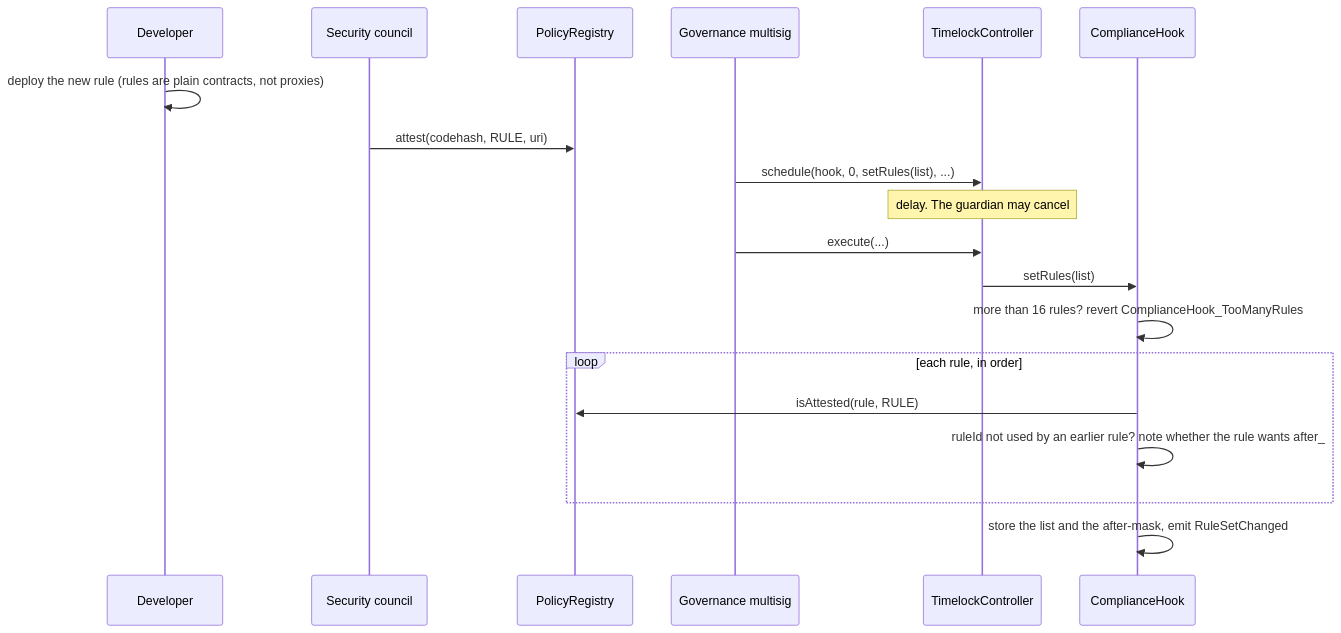
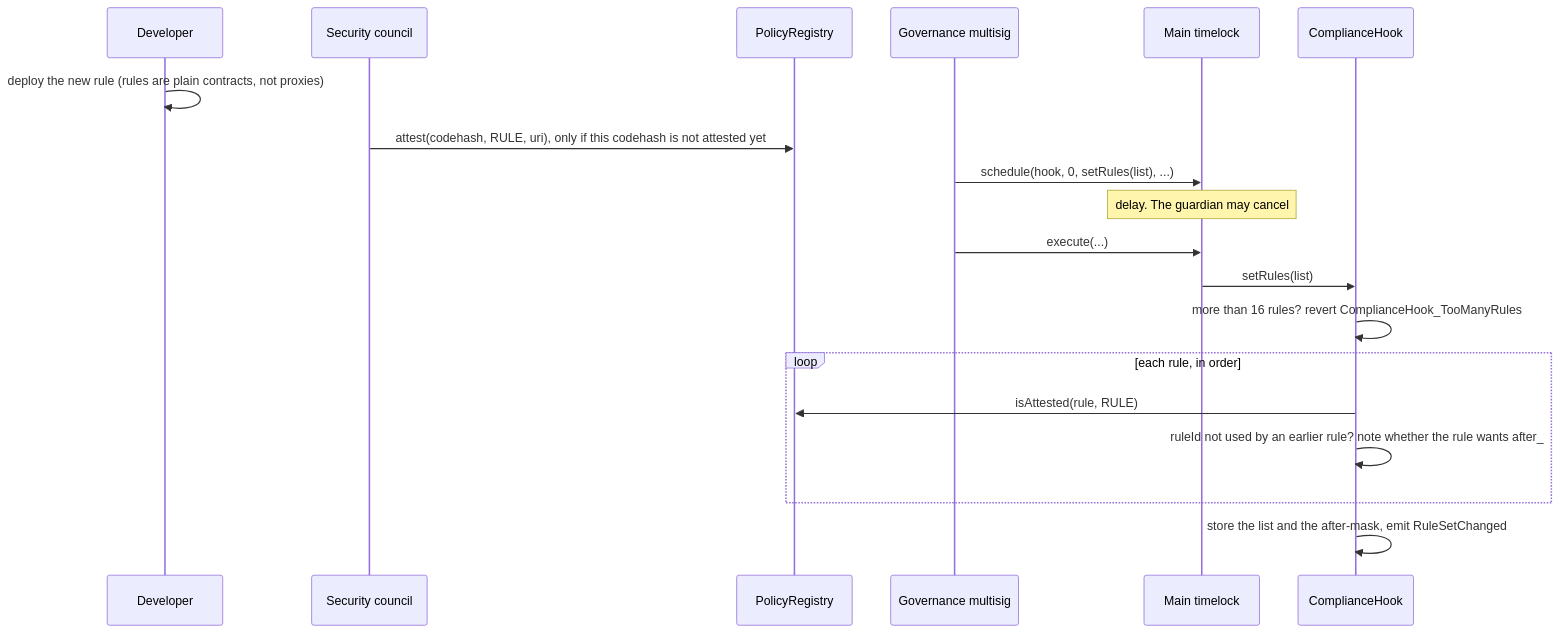
Before and after one commit to fepvenancio/rwa-token: the third of 5 diagrams in docs/governance-and-deployment.md, drawn with Mermaid. The commit also changed other lines of this file and 7 other files, not shown here.

````diff
--- a/docs/governance-and-deployment.md
+++ b/docs/governance-and-deployment.md
@@ -108,21 +119,21 @@
 ```mermaid
 sequenceDiagram
   participant Dev as Developer
   participant Co as Security council
   participant Reg as PolicyRegistry
   participant Gov as Governance multisig
-  participant TL as TimelockController
+  participant TL as Main timelock
   participant H as ComplianceHook
   Dev->>Dev: deploy the new rule (rules are plain contracts, not proxies)
-  Co->>Reg: attest(codehash, RULE, uri)
+  Co->>Reg: attest(codehash, RULE, uri), only if this codehash is not attested yet
   Gov->>TL: schedule(hook, 0, setRules(list), ...)
   Note over TL: delay. The guardian may cancel
   Gov->>TL: execute(...)
   TL->>H: setRules(list)
   H->>H: more than 16 rules? revert ComplianceHook_TooManyRules
   loop each rule, in order
     H->>Reg: isAttested(rule, RULE)
     H->>H: ruleId not used by an earlier rule? note whether the rule wants after_
   end
   H->>H: store the list and the after-mask, emit RuleSetChanged
 ```
````
